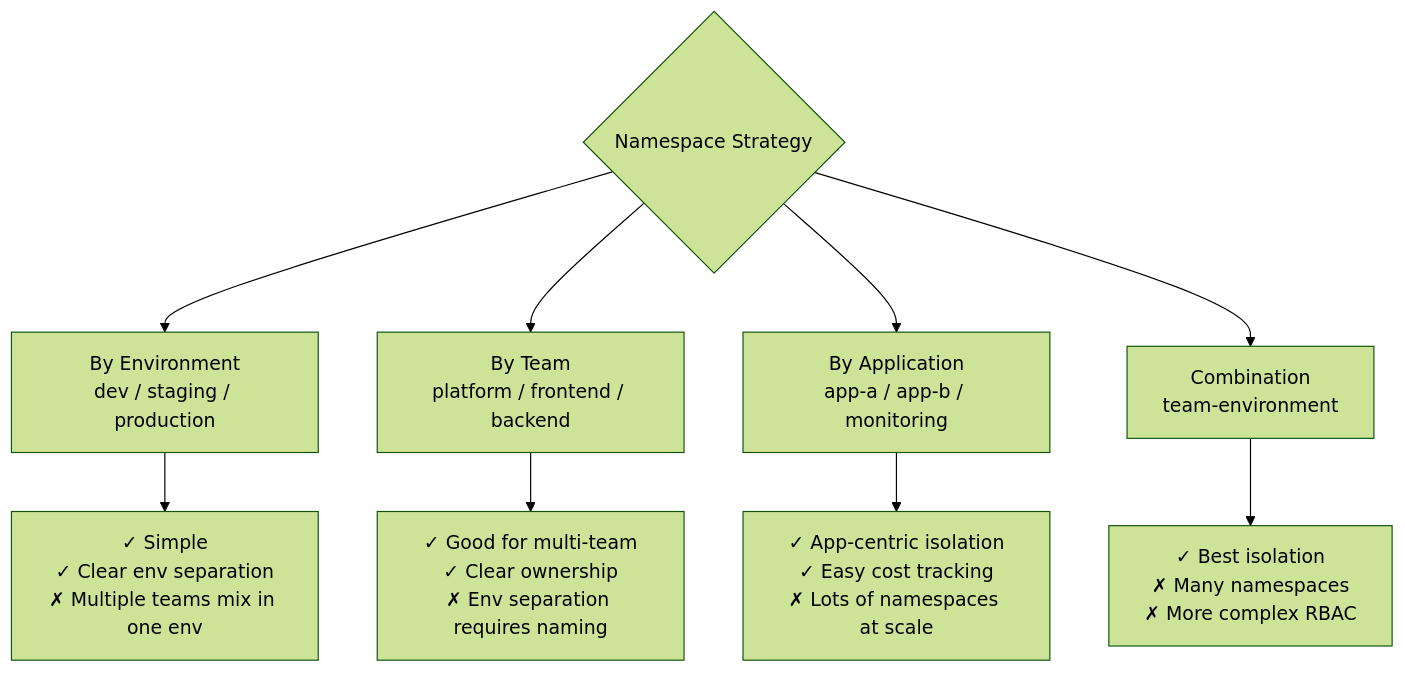
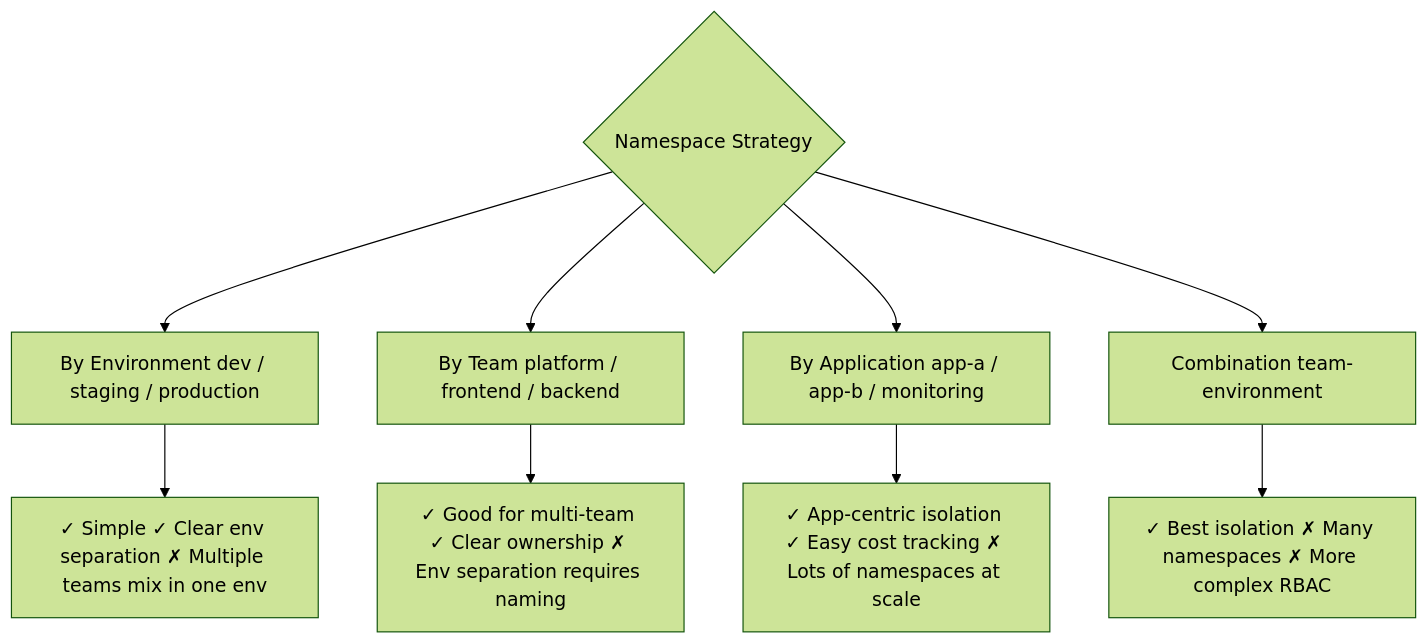
The fourth of 4 diagrams in 03_first_steps/02_namespaces.md (UncleJS/course_k3s), drawn with Mermaid (forest theme) before and after one commit. The commit also changed other lines of this file and 57 other files, not shown here.

````diff
--- a/03_first_steps/02_namespaces.md
+++ b/03_first_steps/02_namespaces.md
@@ -272,12 +272,12 @@
 ```mermaid
 flowchart TD
-    STRATEGY{Namespace Strategy} --> ENV[By Environment\ndev / staging / production]
-    STRATEGY --> TEAM[By Team\nplatform / frontend / backend]
-    STRATEGY --> APP[By Application\napp-a / app-b / monitoring]
-    STRATEGY --> COMBO[Combination\nteam-environment]
+    STRATEGY{Namespace Strategy} --> ENV[By Environment dev / staging / production]
+    STRATEGY --> TEAM[By Team platform / frontend / backend]
+    STRATEGY --> APP[By Application app-a / app-b / monitoring]
+    STRATEGY --> COMBO[Combination team-environment]
 
-    ENV --> ENV_NOTE["✓ Simple\n✓ Clear env separation\n✗ Multiple teams mix in one env"]
-    TEAM --> TEAM_NOTE["✓ Good for multi-team\n✓ Clear ownership\n✗ Env separation requires naming"]
-    APP --> APP_NOTE["✓ App-centric isolation\n✓ Easy cost tracking\n✗ Lots of namespaces at scale"]
-    COMBO --> COMBO_NOTE["✓ Best isolation\n✗ Many namespaces\n✗ More complex RBAC"]
+    ENV --> ENV_NOTE["✓ Simple ✓ Clear env separation ✗ Multiple teams mix in one env"]
+    TEAM --> TEAM_NOTE["✓ Good for multi-team ✓ Clear ownership ✗ Env separation requires naming"]
+    APP --> APP_NOTE["✓ App-centric isolation ✓ Easy cost tracking ✗ Lots of namespaces at scale"]
+    COMBO --> COMBO_NOTE["✓ Best isolation ✗ Many namespaces ✗ More complex RBAC"]
 ```
````
